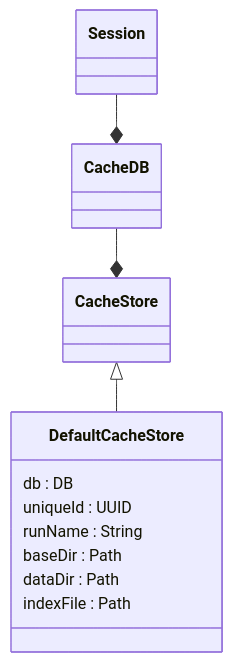
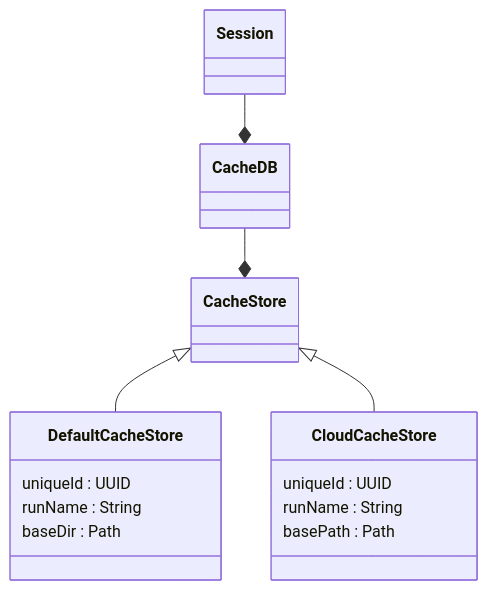
One commit to nextflow-io/nextflow changed the diagram in docs/developer/diagrams/nextflow.cache.mmd. Above: the diagram before and after it, drawn with Mermaid. The commit also changed 12 other files, not shown here.

```diff
--- a/docs/developer/diagrams/nextflow.cache.mmd
+++ b/docs/developer/diagrams/nextflow.cache.mmd
@@ -1,19 +1,23 @@
 classDiagram
     %%
     %% nextflow.cache
     %%
     Session --* CacheDB
     %% CacheFactory --> CacheDB : createInstance
 
     CacheDB --* CacheStore
 
     CacheStore <|-- DefaultCacheStore
+    CacheStore <|-- CloudCacheStore
 
     class DefaultCacheStore {
-        db : DB
         uniqueId : UUID
         runName : String
         baseDir : Path
-        dataDir : Path
-        indexFile : Path
     }
+
+    class CloudCacheStore {
+        uniqueId : UUID
+        runName : String
+        basePath : Path
+    }
```
